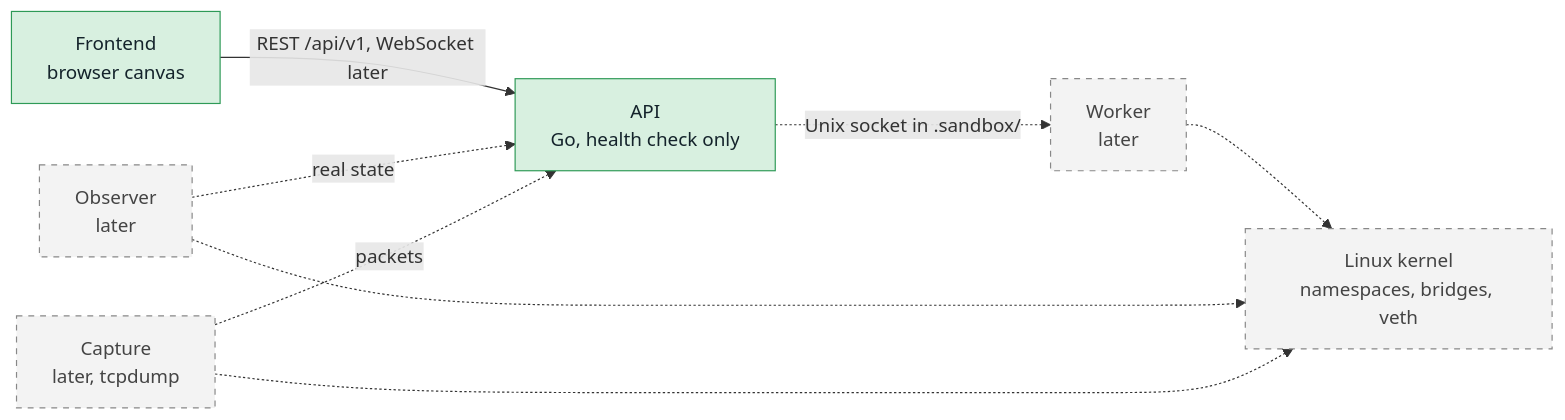
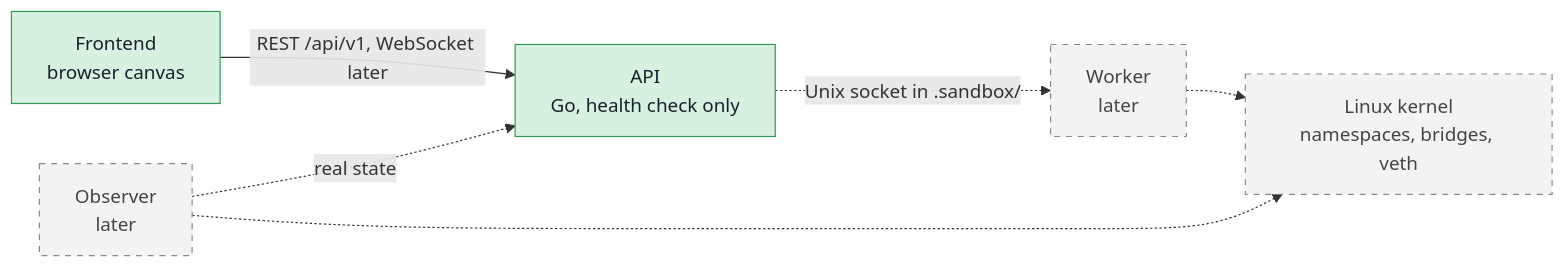
Before and after one commit to ah-naf/netlab: the diagram in README.md, drawn with Mermaid. The commit also changed other lines of this file and 114 other files, not shown here.

````diff
--- a/README.md
+++ b/README.md
@@ -21,14 +21,12 @@
 ```mermaid
 flowchart LR
     FE["Frontend<br/>browser canvas"] -->|"REST /api/v1, WebSocket later"| API["API<br/>Go, health check only"]
     API -.->|"Unix socket in .sandbox/"| WK["Worker<br/>later"]
     WK -.-> K["Linux kernel<br/>namespaces, bridges, veth"]
     OB["Observer<br/>later"] -.->|"real state"| API
     OB -.-> K
-    CP["Capture<br/>later, tcpdump"] -.->|"packets"| API
-    CP -.-> K
     classDef built fill:#d8f0e0,stroke:#2e9a57,color:#14232b
     classDef later fill:#f3f3f3,stroke:#888,stroke-dasharray:5 5,color:#444
     class FE,API built
-    class WK,OB,CP,K later
+    class WK,OB,K later
 ```
````
